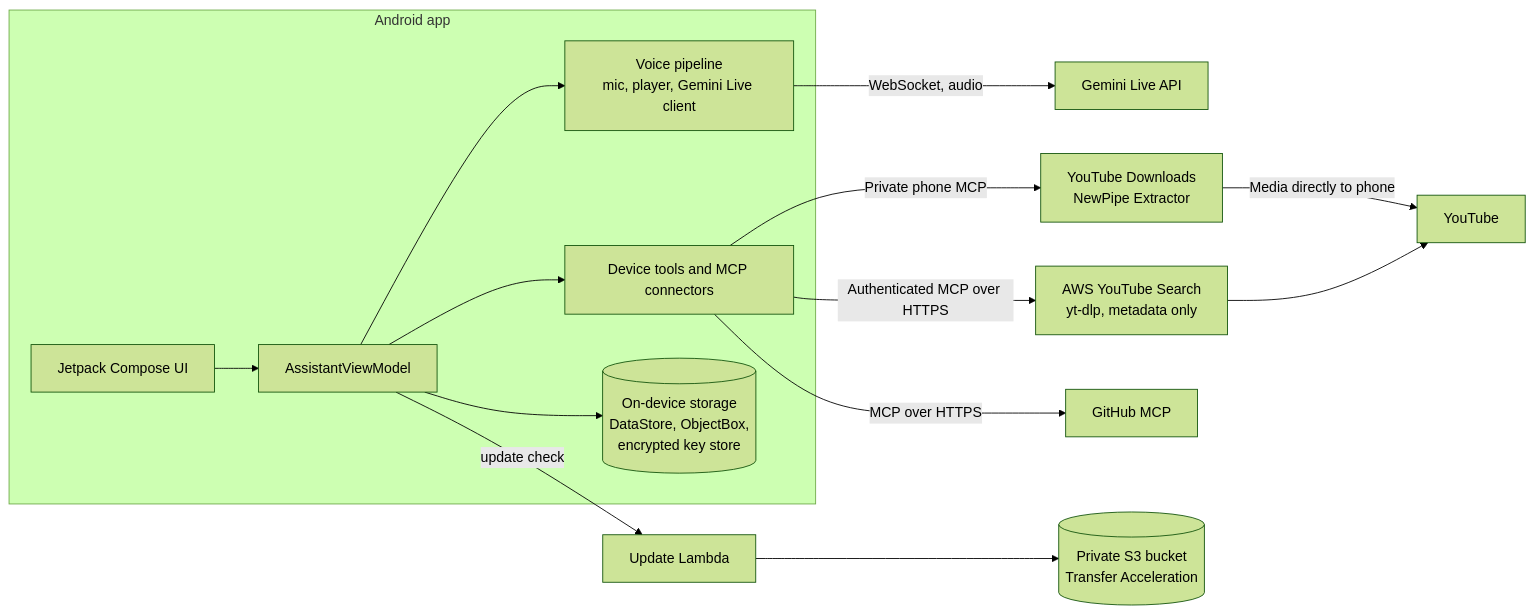
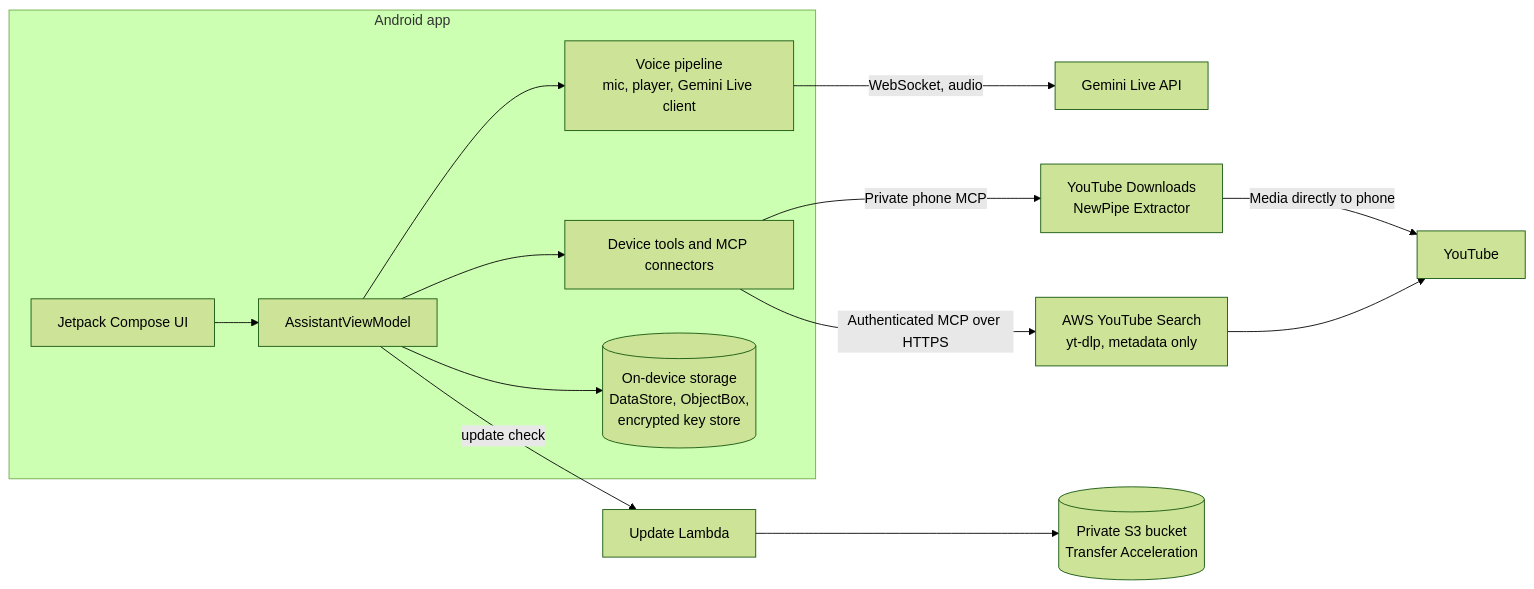
The diagram in README.md (devxjitin/ultron-android), drawn with Mermaid (forest theme) before and after one commit. The commit also changed other lines of this file and 20 other files, not shown here.

First line of the commit message:
chore: remove the GitHub connector

````diff
--- a/README.md
+++ b/README.md
@@ -153,18 +152,17 @@
 ```mermaid
 flowchart LR
     subgraph Phone["Android app"]
         UI["Jetpack Compose UI"] --> VM["AssistantViewModel"]
         VM --> Voice["Voice pipeline<br/>mic, player, Gemini Live client"]
         VM --> Tools["Device tools and MCP connectors"]
         VM --> Store[("On-device storage<br/>DataStore, ObjectBox,<br/>encrypted key store")]
     end
 
     Voice -- "WebSocket, audio" --> GL["Gemini Live API"]
     Tools -- "Private phone MCP" --> YTD["YouTube Downloads<br/>NewPipe Extractor"]
     YTD -- "Media directly to phone" --> YT["YouTube"]
     Tools -- "Authenticated MCP over HTTPS" --> YTS["AWS YouTube Search<br/>yt-dlp, metadata only"]
     YTS --> YT
-    Tools -- "MCP over HTTPS" --> GH["GitHub MCP"]
     VM -- "update check" --> UP["Update Lambda"]
     UP --> S3[("Private S3 bucket<br/>Transfer Acceleration")]
 ```
````
